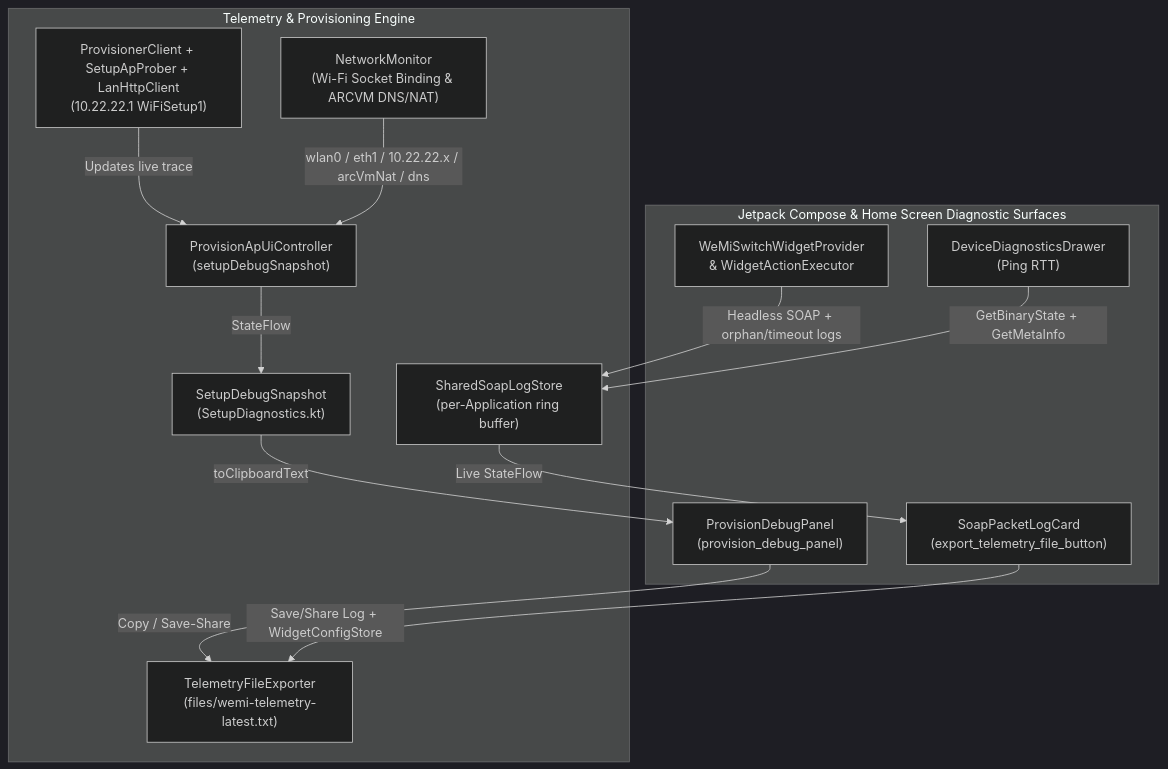
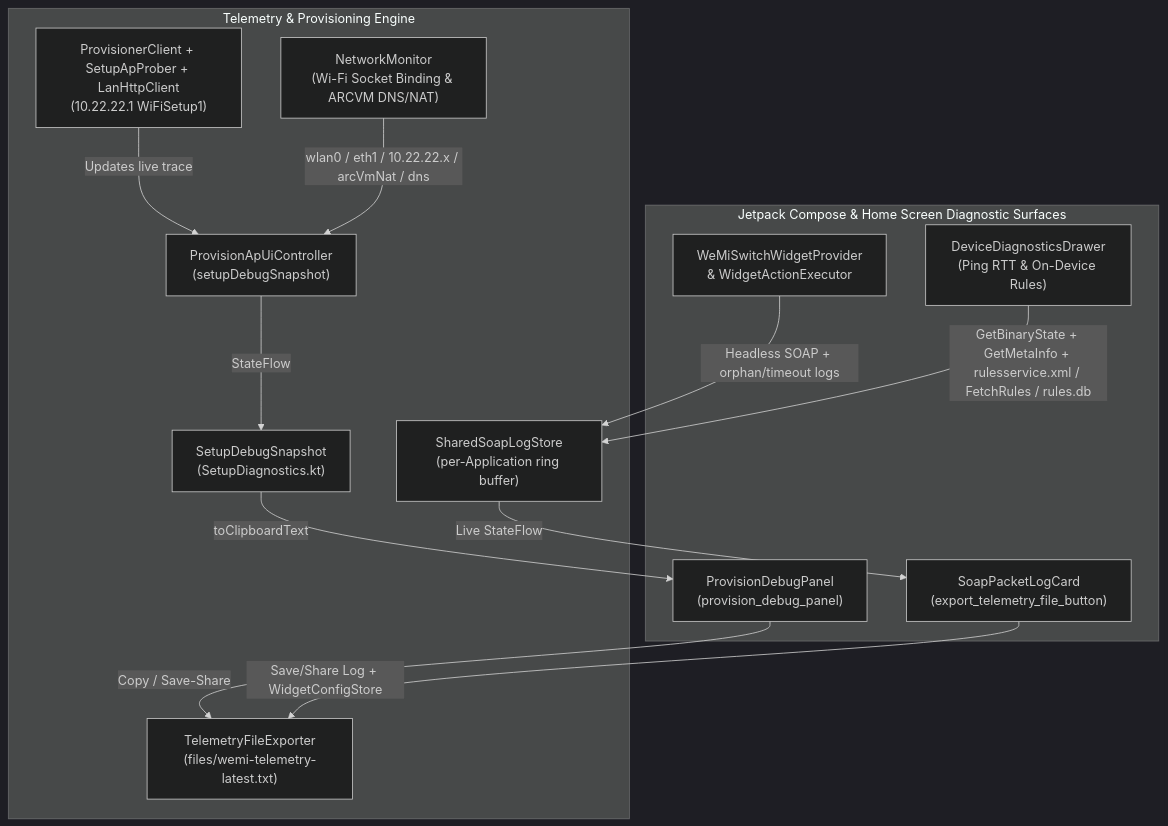
One commit to MichaelRHead/WeMi-light-control changed the diagram in DEBUGGING_AND_SUPPORT.md. Above: the diagram before and after it, drawn with Mermaid (dark theme). The commit also changed other lines of this file and 12 other files, not shown here.

````diff
--- a/DEBUGGING_AND_SUPPORT.md
+++ b/DEBUGGING_AND_SUPPORT.md
@@ -42,28 +42,28 @@
 ```mermaid
 flowchart TD
     subgraph UI["Jetpack Compose & Home Screen Diagnostic Surfaces"]
         P["ProvisionDebugPanel\n(provision_debug_panel)"]
         M["SoapPacketLogCard\n(export_telemetry_file_button)"]
-        D["DeviceDiagnosticsDrawer\n(Ping RTT)"]
+        D["DeviceDiagnosticsDrawer\n(Ping RTT & On-Device Rules)"]
         W["WeMiSwitchWidgetProvider\n& WidgetActionExecutor"]
     end
 
     subgraph Core["Telemetry & Provisioning Engine"]
         U["ProvisionApUiController\n(setupDebugSnapshot)"]
         S["SetupDebugSnapshot\n(SetupDiagnostics.kt)"]
         L["SharedSoapLogStore\n(per-Application ring buffer)"]
         E["TelemetryFileExporter\n(files/wemi-telemetry-latest.txt)"]
         C["ProvisionerClient + SetupApProber + LanHttpClient\n(10.22.22.1 WiFiSetup1)"]
         N["NetworkMonitor\n(Wi-Fi Socket Binding & ARCVM DNS/NAT)"]
     end
 
     C -->|Updates live trace| U
     N -->|wlan0 / eth1 / 10.22.22.x / arcVmNat / dns| U
     U -->|StateFlow| S
     S -->|toClipboardText| P
     W -->|Headless SOAP + orphan/timeout logs| L
     L -->|Live StateFlow| M
     P -->|Copy / Save-Share| E
     M -->|Save/Share Log + WidgetConfigStore| E
-    D -->|GetBinaryState + GetMetaInfo| L
+    D -->|GetBinaryState + GetMetaInfo + rulesservice.xml / FetchRules / rules.db| L
 ```
````
